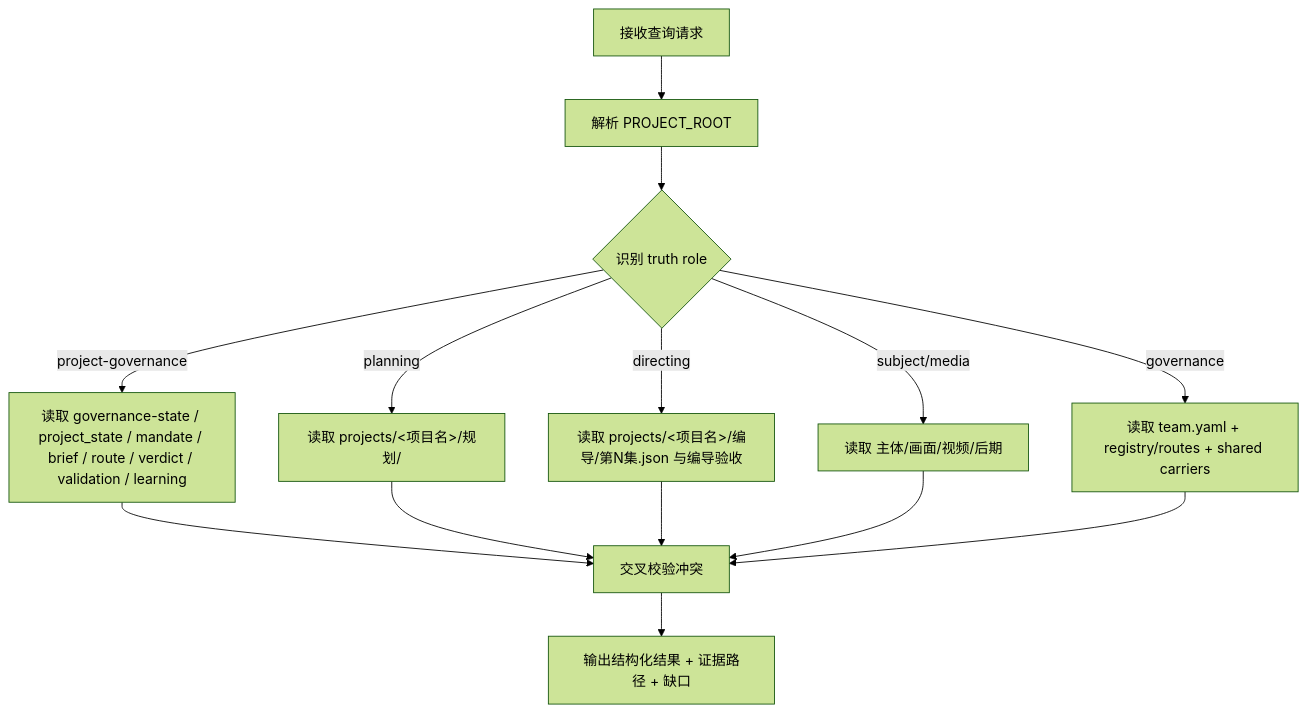
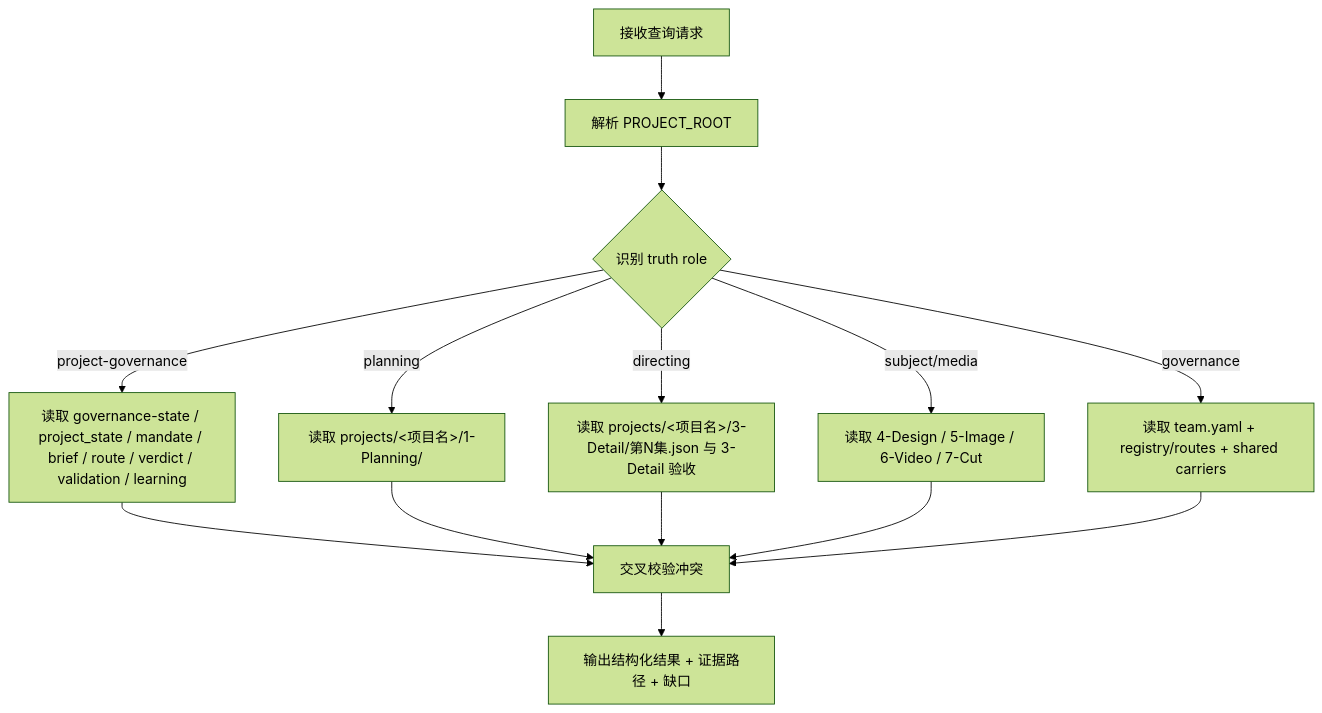
Before and after one commit to ZEN-VOID/AI-CUT: the diagram in .agents/skills/aigc/query/SKILL.md, drawn with Mermaid (forest theme). The commit also changed other lines of this file and 537 other files, not shown here.

````diff
--- a/.agents/skills/aigc/query/SKILL.md
+++ b/.agents/skills/aigc/query/SKILL.md
@@ -43,16 +43,16 @@
 ```mermaid
 flowchart TD
     A["接收查询请求"] --> B["解析 PROJECT_ROOT"]
     B --> C{"识别 truth role"}
     C -->|"project-governance"| D["读取 governance-state / project_state / mandate / brief / route / verdict / validation / learning"]
-    C -->|"planning"| E["读取 projects/<项目名>/规划/"]
-    C -->|"directing"| F["读取 projects/<项目名>/编导/第N集.json 与编导验收"]
-    C -->|"subject/media"| G["读取 主体/画面/视频/后期"]
+    C -->|"planning"| E["读取 projects/<项目名>/1-Planning/"]
+    C -->|"directing"| F["读取 projects/<项目名>/3-Detail/第N集.json 与 3-Detail 验收"]
+    C -->|"subject/media"| G["读取 4-Design / 5-Image / 6-Video / 7-Cut"]
     C -->|"governance"| H["读取 team.yaml + registry/routes + shared carriers"]
     D --> I["交叉校验冲突"]
     E --> I
     F --> I
     G --> I
     H --> I
     I --> J["输出结构化结果 + 证据路径 + 缺口"]
 ```
````
